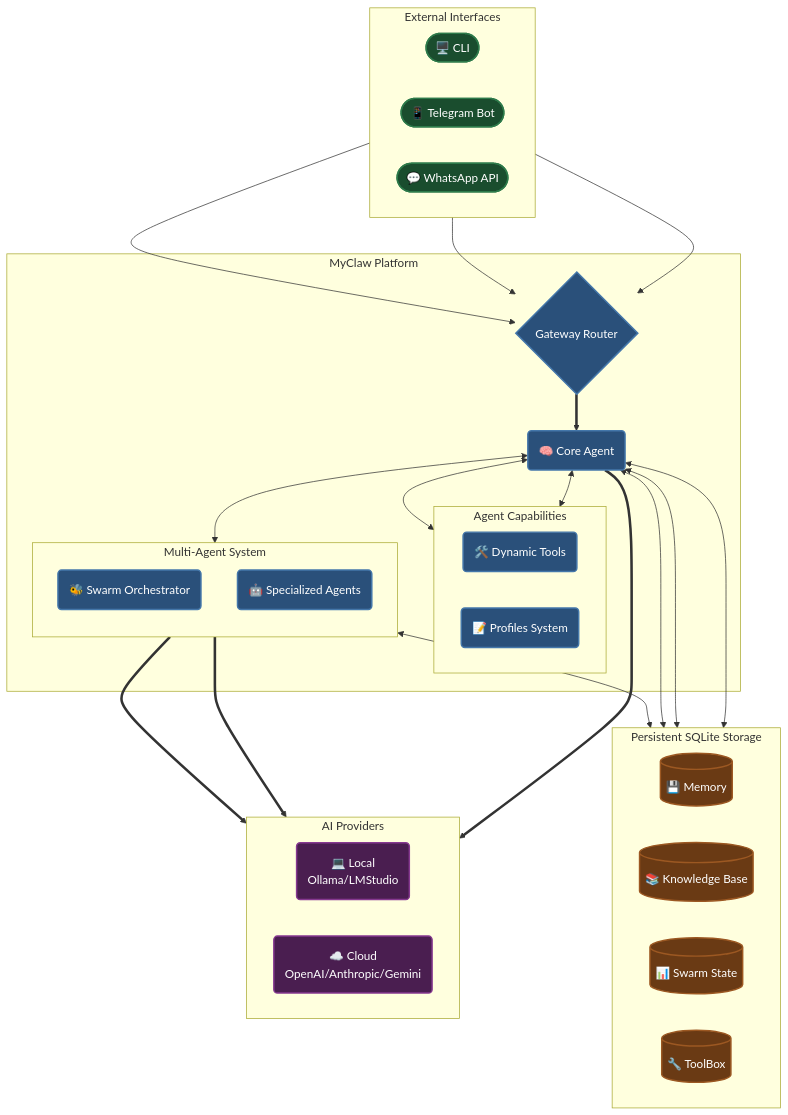
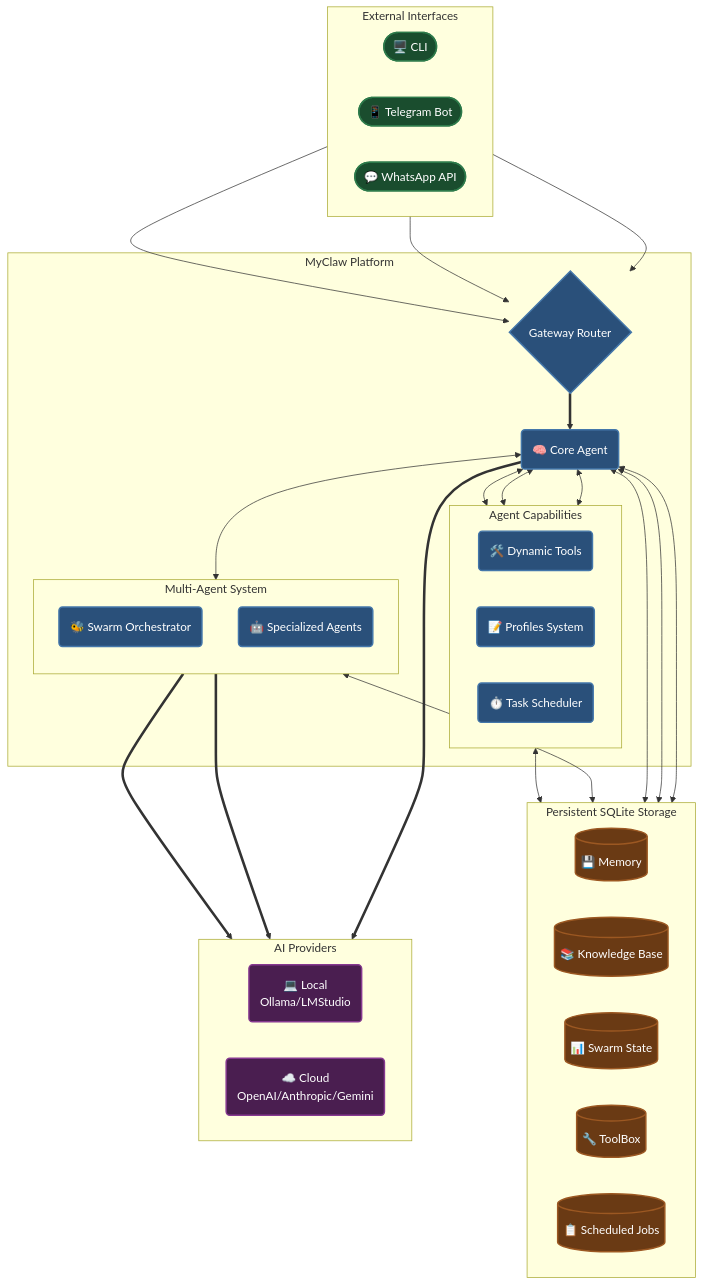
Before and after one commit to adrianx26/zensynora: the diagram in README.md, drawn with Mermaid.

Commit message:
docs: add tasks, schedules, and jobs to architecture diagram

````diff
--- a/README.md
+++ b/README.md
@@ -37,77 +37,81 @@
 ```mermaid
 flowchart TB
     %% Styling
     classDef core fill:#2a507a,stroke:#4477aa,stroke-width:2px,color:#fff
     classDef channel fill:#1a4d2e,stroke:#2d7a4a,stroke-width:2px,color:#fff
     classDef data fill:#6a3a14,stroke:#9c5822,stroke-width:2px,color:#fff
     classDef llm fill:#4a1e50,stroke:#863990,stroke-width:2px,color:#fff
 
     %% Channels
     subgraph Interfaces [External Interfaces]
         direction LR
         CLI(["🖥️ CLI"])
         TG(["📱 Telegram Bot"])
         WA(["💬 WhatsApp API"])
     end
 
     %% Core Application
     subgraph MyClaw [MyClaw Platform]
         GW{"Gateway Router"}
         
         Agent("🧠 Core Agent")
         
         subgraph Capabilities [Agent Capabilities]
             direction LR
             Tools("🛠️ Dynamic Tools")
             Profiles("📝 Profiles System")
+            Sched("⏱️ Task Scheduler")
         end
 
         subgraph AdvancedSystems [Multi-Agent System]
             direction TB
             Swarm("🐝 Swarm Orchestrator")
             Spec("🤖 Specialized Agents")
         end
     end
 
     %% Data Layer
     subgraph Storage [Persistent SQLite Storage]
         direction LR
         Mem[("💾 Memory")]
         KB[("📚 Knowledge Base")]
         SwarmState[("📊 Swarm State")]
         Toolbox[("🔧 ToolBox")]
+        Jobs[("📋 Scheduled Jobs")]
     end
 
     %% LLM Providers
     subgraph Providers [AI Providers]
         direction LR
         Local("💻 Local<br/>Ollama/LMStudio")
         Cloud("☁️ Cloud<br/>OpenAI/Anthropic/Gemini")
     end
 
     %% Connections
     CLI --> GW
     TG --> GW
     WA --> GW
     
     GW ==> Agent
     
     Agent <--> Tools
     Agent <--> Profiles
     Agent <--> AdvancedSystems
+    Agent <--> Sched
     
     Agent <--> Mem
     Agent <--> KB
     Agent <--> Toolbox
+    Sched <--> Jobs
     Swarm <--> SwarmState
     
     Agent ==> Providers
     Swarm ==> Providers
     Spec ==> Providers
 
     %% Apply Classes
     class CLI,TG,WA channel
-    class GW,Agent,Tools,Profiles,Swarm,Spec core
-    class Mem,KB,SwarmState,Toolbox data
+    class GW,Agent,Tools,Profiles,Sched,Swarm,Spec core
+    class Mem,KB,SwarmState,Toolbox,Jobs data
     class Local,Cloud llm
 ```
````
